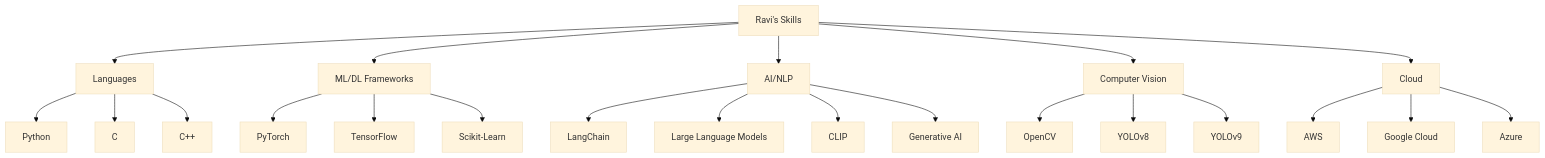
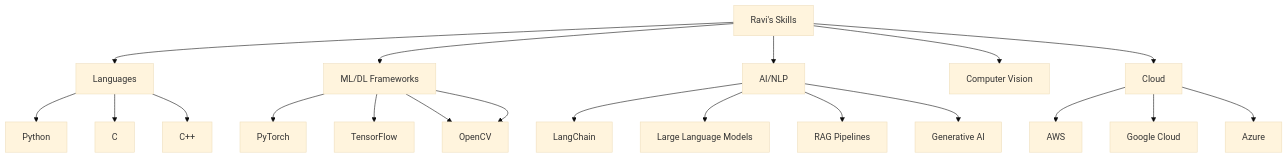
One commit to vrtteja002/vrtteja002 changed the diagram in README.md. Above: the diagram before and after it, drawn with Mermaid (base theme).

````diff
--- a/README.md
+++ b/README.md
@@ -19,29 +19,27 @@
 ```mermaid
 graph TD
     A[Ravi's Skills] --> B[Languages]
     A --> C[ML/DL Frameworks]
     A --> D[AI/NLP]
     A --> E[Computer Vision]
     A --> F[Cloud]
     
     B --> B1[Python]
     B --> B2[C]
     B --> B3[C++]
     
     C --> C1[PyTorch]
     C --> C2[TensorFlow]
     C --> C3[Scikit-Learn]
+    C --> C3[OpenCV]
     
     D --> D1[LangChain]
     D --> D2[Large Language Models]
-    D --> D3[CLIP]
+    D --> D3[RAG Pipelines]
     D --> D4[Generative AI]
     
-    E --> E1[OpenCV]
-    E --> E2[YOLOv8]
-    E --> E3[YOLOv9]
     
     F --> F1[AWS]
     F --> F2[Google Cloud]
     F --> F3[Azure]
 ```
````
